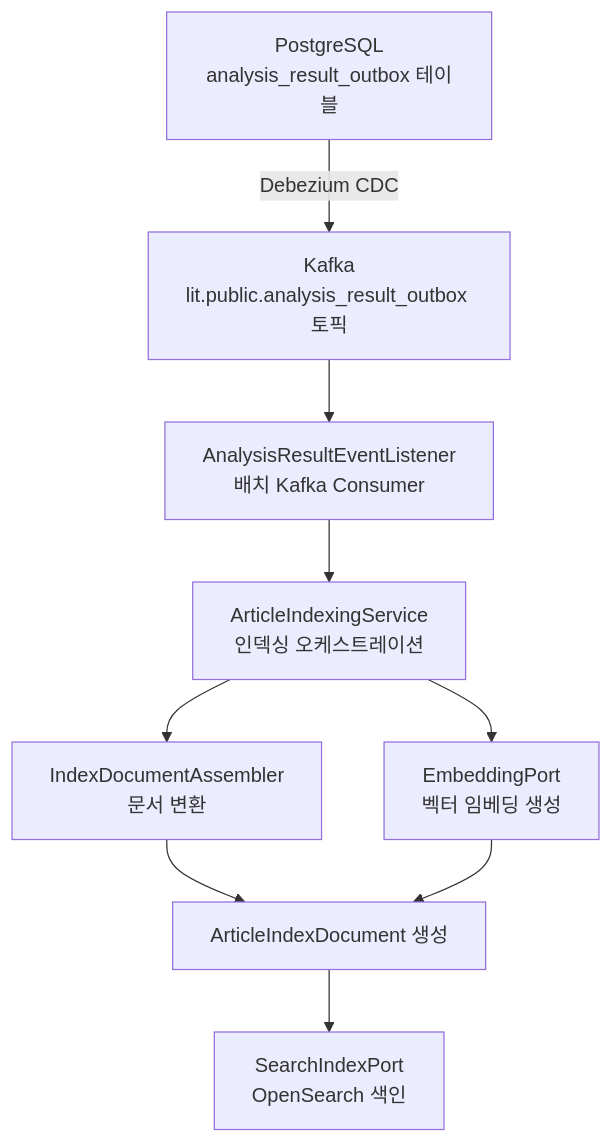
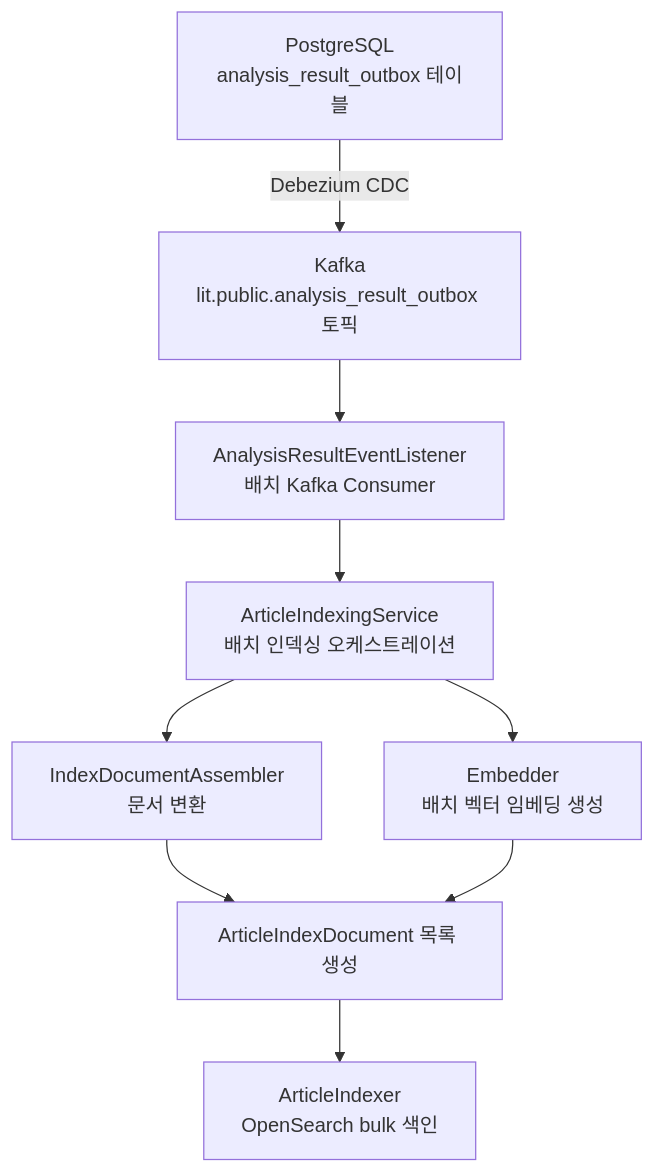
The first of 3 diagrams in indexer/ARCHITECTURE.md (vonkernel/local-incident-tracker), drawn with Mermaid before and after one commit. The commit also changed other lines of this file and 29 other files, not shown here.

First line of the commit message:
Add indexer module with batch processing and OpenSearch integration (#14)

````diff
--- a/indexer/ARCHITECTURE.md
+++ b/indexer/ARCHITECTURE.md
@@ -41,11 +41,11 @@
 ```mermaid
 flowchart TD
     A[PostgreSQL<br/>analysis_result_outbox 테이블] -->|Debezium CDC| B[Kafka<br/>lit.public.analysis_result_outbox 토픽]
     B --> C[AnalysisResultEventListener<br/>배치 Kafka Consumer]
-    C --> D[ArticleIndexingService<br/>인덱싱 오케스트레이션]
+    C --> D[ArticleIndexingService<br/>배치 인덱싱 오케스트레이션]
     D --> E[IndexDocumentAssembler<br/>문서 변환]
-    D --> F[EmbeddingPort<br/>벡터 임베딩 생성]
-    E --> G[ArticleIndexDocument 생성]
+    D --> F[Embedder<br/>배치 벡터 임베딩 생성]
+    E --> G[ArticleIndexDocument 목록 생성]
     F --> G
-    G --> H[SearchIndexPort<br/>OpenSearch 색인]
+    G --> H[ArticleIndexer<br/>OpenSearch bulk 색인]
 ```
````
